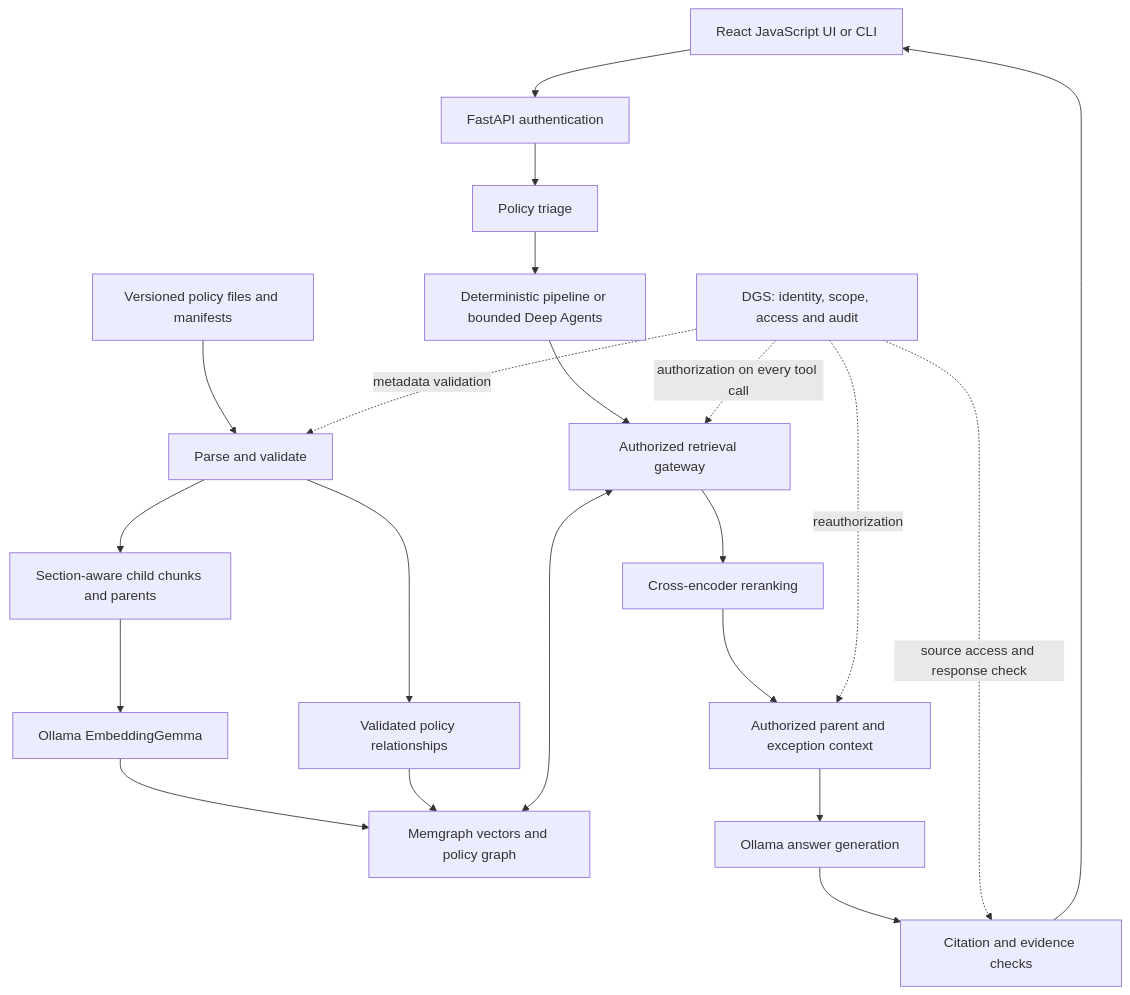
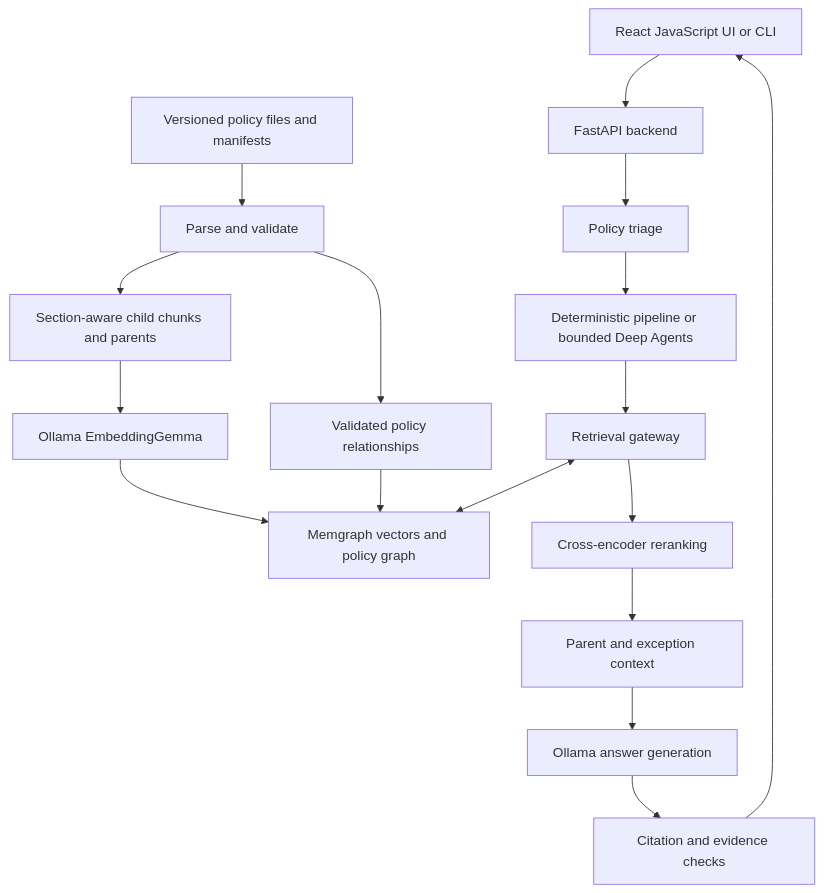
Before and after one commit to Prajwal-coforge/RAG-From-Scratch-Dual-Core: the diagram in airport-policy-rag-spec/PROJECT_SPEC.md, drawn with Mermaid. The commit also changed other lines of this file and 32 other files, not shown here.

```diff
--- a/airport-policy-rag-spec/PROJECT_SPEC.md
+++ b/airport-policy-rag-spec/PROJECT_SPEC.md
@@ -121,24 +120,19 @@
 ~~~mermaid
 flowchart TD
     S[Versioned policy files and manifests] --> I[Parse and validate]
     I --> C[Section-aware child chunks and parents]
     C --> E[Ollama EmbeddingGemma]
     E --> M[Memgraph vectors and policy graph]
     I --> G[Validated policy relationships]
     G --> M
-    U[React JavaScript UI or CLI] --> A[FastAPI authentication]
+    U[React JavaScript UI or CLI] --> A[FastAPI backend]
     A --> T[Policy triage]
     T --> O[Deterministic pipeline or bounded Deep Agents]
-    O --> R[Authorized retrieval gateway]
+    O --> R[Retrieval gateway]
     R <--> M
     R --> K[Cross-encoder reranking]
-    K --> P[Authorized parent and exception context]
+    K --> P[Parent and exception context]
     P --> L[Ollama answer generation]
     L --> V[Citation and evidence checks]
     V --> U
-    D[DGS: identity, scope, access and audit]
-    D -. metadata validation .-> I
-    D -. authorization on every tool call .-> R
-    D -. reauthorization .-> P
-    D -. source access and response check .-> V
 ~~~
```
